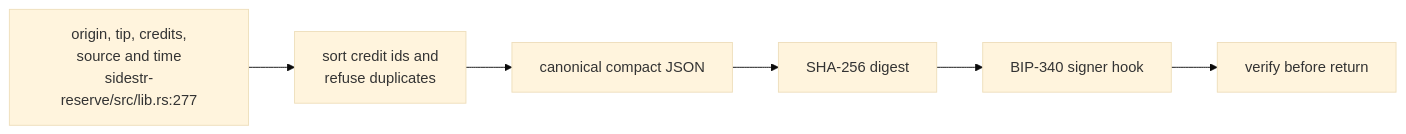
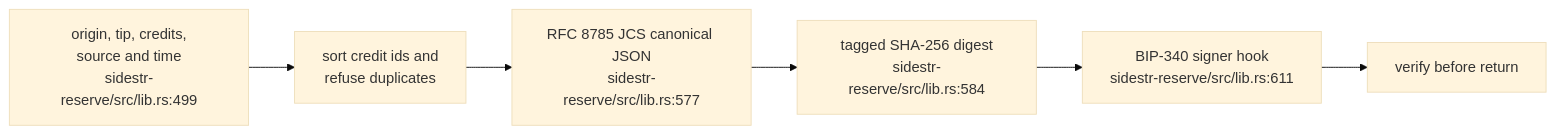
Before and after one commit to DreamLab-AI/VisionFlow: the second of 3 diagrams in docs/diagrams/sidestr-rs/05-reserve-attestation-and-liquid-adapter.md, drawn with Mermaid (base theme). The commit also changed other lines of this file and 21 other files, not shown here.

Commit message:
docs(diagrams): refresh first verified estate batch

````diff
--- a/docs/diagrams/sidestr-rs/05-reserve-attestation-and-liquid-adapter.md
+++ b/docs/diagrams/sidestr-rs/05-reserve-attestation-and-liquid-adapter.md
@@ -46,8 +46,8 @@
 ```mermaid
 flowchart LR
-    IN["origin, tip, credits,<br/>source and time<br/>sidestr-reserve/src/lib.rs:277"] --> SORT["sort credit ids and<br/>refuse duplicates"]
-    SORT --> JSON["canonical compact JSON"]
-    JSON --> SHA["SHA-256 digest"]
-    SHA --> SIG["BIP-340 signer hook"]
+    IN["origin, tip, credits,<br/>source and time<br/>sidestr-reserve/src/lib.rs:499"] --> SORT["sort credit ids and<br/>refuse duplicates"]
+    SORT --> JSON["RFC 8785 JCS canonical JSON<br/>sidestr-reserve/src/lib.rs:577"]
+    JSON --> SHA["tagged SHA-256 digest<br/>sidestr-reserve/src/lib.rs:584"]
+    SHA --> SIG["BIP-340 signer hook<br/>sidestr-reserve/src/lib.rs:611"]
     SIG --> CHECK["verify before return"]
 ```
````
